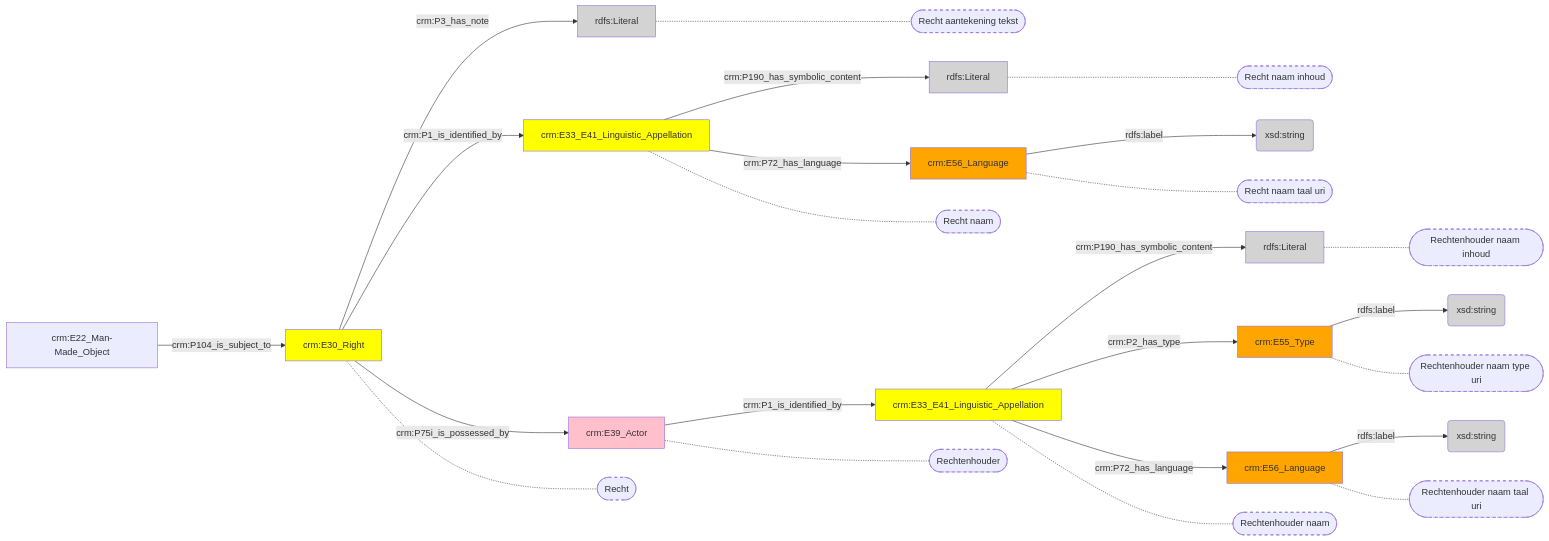
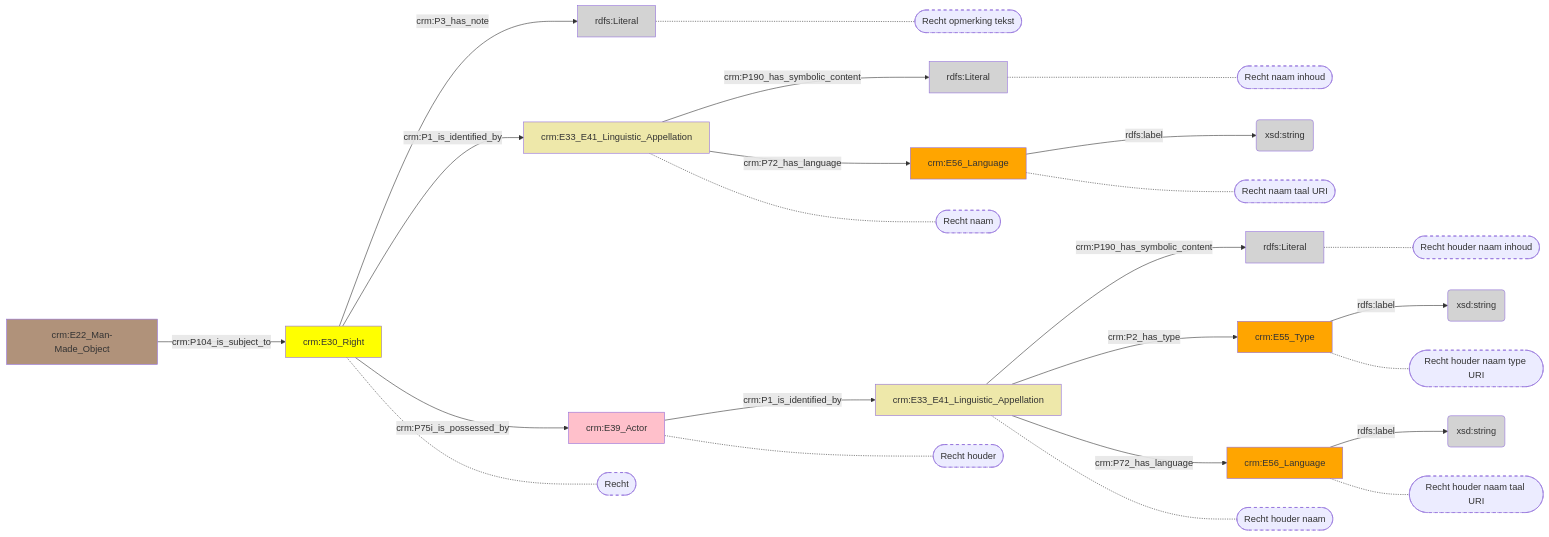
Before and after one commit to digipolisantwerpdocumentation/antwerp-cultureel-erfgoed: the diagram in docs/content/modellen/MuseologicalItem/Rechten.md, drawn with Mermaid. The commit also changed 29 other files, not shown here.

````diff
--- a/docs/content/modellen/MuseologicalItem/Rechten.md
+++ b/docs/content/modellen/MuseologicalItem/Rechten.md
@@ -1,49 +1,50 @@
 ```mermaid
 graph LR
 bd7ef52c-eda1-11ed-9232-00163e71351b["crm:E30_Right"]-->|"crm:P3_has_note"|bd7f05da-eda1-11ed-9232-00163e71351b(rdfs:Literal)
 bd7ef9d2-eda1-11ed-9232-00163e71351b["crm:E55_Type"]-->|"rdfs:label"|bd7efcf2-eda1-11ed-9232-00163e71351b(xsd:string)
 bd7f00da-eda1-11ed-9232-00163e71351b["crm:E33_E41_Linguistic_Appellation"]-->|"crm:P190_has_symbolic_content"|bd7f0224-eda1-11ed-9232-00163e71351b(rdfs:Literal)
 bd7f0364-eda1-11ed-9232-00163e71351b["crm:E56_Language"]-->|"rdfs:label"|bd7f049a-eda1-11ed-9232-00163e71351b(xsd:string)
 bd7f071a-eda1-11ed-9232-00163e71351b["crm:E33_E41_Linguistic_Appellation"]-->|"crm:P190_has_symbolic_content"|bd7efb6c-eda1-11ed-9232-00163e71351b(rdfs:Literal)
 bd7f0864-eda1-11ed-9232-00163e71351b["crm:E56_Language"]-->|"rdfs:label"|bd7eff86-eda1-11ed-9232-00163e71351b(xsd:string)
 bd7ef52c-eda1-11ed-9232-00163e71351b["crm:E30_Right"]-->|"crm:P1_is_identified_by"|bd7f00da-eda1-11ed-9232-00163e71351b["crm:E33_E41_Linguistic_Appellation"]
 bd7ef52c-eda1-11ed-9232-00163e71351b["crm:E30_Right"]-->|"crm:P75i_is_possessed_by"|bd7efe46-eda1-11ed-9232-00163e71351b["crm:E39_Actor"]
 bd7efe46-eda1-11ed-9232-00163e71351b["crm:E39_Actor"]-->|"crm:P1_is_identified_by"|bd7f071a-eda1-11ed-9232-00163e71351b["crm:E33_E41_Linguistic_Appellation"]
 bd7f00da-eda1-11ed-9232-00163e71351b["crm:E33_E41_Linguistic_Appellation"]-->|"crm:P72_has_language"|bd7f0364-eda1-11ed-9232-00163e71351b["crm:E56_Language"]
 bd7f071a-eda1-11ed-9232-00163e71351b["crm:E33_E41_Linguistic_Appellation"]-->|"crm:P2_has_type"|bd7ef9d2-eda1-11ed-9232-00163e71351b["crm:E55_Type"]
 bd7f071a-eda1-11ed-9232-00163e71351b["crm:E33_E41_Linguistic_Appellation"]-->|"crm:P72_has_language"|bd7f0864-eda1-11ed-9232-00163e71351b["crm:E56_Language"]
 fa95cea2-dd27-11ed-9655-00163e71351b["crm:E22_Man-Made_Object"]-->|"crm:P104_is_subject_to"|bd7ef52c-eda1-11ed-9232-00163e71351b["crm:E30_Right"]
 bd7f00da-eda1-11ed-9232-00163e71351b["crm:E33_E41_Linguistic_Appellation"]-.-bd7f00da-eda1-11ed-9232-00163e71351b_s(["Recht naam"])
-bd7f05da-eda1-11ed-9232-00163e71351b["rdfs:Literal"]-.-bd7f05da-eda1-11ed-9232-00163e71351b_s(["Recht aantekening tekst"])
-bd7efe46-eda1-11ed-9232-00163e71351b["crm:E39_Actor"]-.-bd7efe46-eda1-11ed-9232-00163e71351b_s(["Rechtenhouder"])
-bd7f071a-eda1-11ed-9232-00163e71351b["crm:E33_E41_Linguistic_Appellation"]-.-bd7f071a-eda1-11ed-9232-00163e71351b_s(["Rechtenhouder naam"])
+bd7f05da-eda1-11ed-9232-00163e71351b["rdfs:Literal"]-.-bd7f05da-eda1-11ed-9232-00163e71351b_s(["Recht opmerking tekst"])
+bd7efe46-eda1-11ed-9232-00163e71351b["crm:E39_Actor"]-.-bd7efe46-eda1-11ed-9232-00163e71351b_s(["Recht houder"])
+bd7f071a-eda1-11ed-9232-00163e71351b["crm:E33_E41_Linguistic_Appellation"]-.-bd7f071a-eda1-11ed-9232-00163e71351b_s(["Recht houder naam"])
 bd7f0224-eda1-11ed-9232-00163e71351b["rdfs:Literal"]-.-bd7f0224-eda1-11ed-9232-00163e71351b_s(["Recht naam inhoud"])
-bd7f0364-eda1-11ed-9232-00163e71351b["crm:E56_Language"]-.-bd7f0364-eda1-11ed-9232-00163e71351b_s(["Recht naam taal uri"])
-bd7efb6c-eda1-11ed-9232-00163e71351b["rdfs:Literal"]-.-bd7efb6c-eda1-11ed-9232-00163e71351b_s(["Rechtenhouder naam inhoud"])
-bd7ef9d2-eda1-11ed-9232-00163e71351b["crm:E55_Type"]-.-bd7ef9d2-eda1-11ed-9232-00163e71351b_s(["Rechtenhouder naam type uri"])
-bd7f0864-eda1-11ed-9232-00163e71351b["crm:E56_Language"]-.-bd7f0864-eda1-11ed-9232-00163e71351b_s(["Rechtenhouder naam taal uri"])
+bd7f0364-eda1-11ed-9232-00163e71351b["crm:E56_Language"]-.-bd7f0364-eda1-11ed-9232-00163e71351b_s(["Recht naam taal URI"])
+bd7efb6c-eda1-11ed-9232-00163e71351b["rdfs:Literal"]-.-bd7efb6c-eda1-11ed-9232-00163e71351b_s(["Recht houder naam inhoud"])
+bd7ef9d2-eda1-11ed-9232-00163e71351b["crm:E55_Type"]-.-bd7ef9d2-eda1-11ed-9232-00163e71351b_s(["Recht houder naam type URI"])
+bd7f0864-eda1-11ed-9232-00163e71351b["crm:E56_Language"]-.-bd7f0864-eda1-11ed-9232-00163e71351b_s(["Recht houder naam taal URI"])
 bd7ef52c-eda1-11ed-9232-00163e71351b["crm:E30_Right"]-.-bd7ef52c-eda1-11ed-9232-00163e71351b_s(["Recht"])
 style bd7f00da-eda1-11ed-9232-00163e71351b_s stroke-dasharray: 5
 style bd7f05da-eda1-11ed-9232-00163e71351b_s stroke-dasharray: 5
 style bd7efe46-eda1-11ed-9232-00163e71351b_s stroke-dasharray: 5
 style bd7f071a-eda1-11ed-9232-00163e71351b_s stroke-dasharray: 5
 style bd7f0224-eda1-11ed-9232-00163e71351b_s stroke-dasharray: 5
 style bd7f0364-eda1-11ed-9232-00163e71351b_s stroke-dasharray: 5
 style bd7efb6c-eda1-11ed-9232-00163e71351b_s stroke-dasharray: 5
 style bd7ef9d2-eda1-11ed-9232-00163e71351b_s stroke-dasharray: 5
 style bd7f0864-eda1-11ed-9232-00163e71351b_s stroke-dasharray: 5
 style bd7ef52c-eda1-11ed-9232-00163e71351b_s stroke-dasharray: 5
 style bd7ef52c-eda1-11ed-9232-00163e71351b fill:#ffff00
 style bd7ef9d2-eda1-11ed-9232-00163e71351b fill:#ffa500
 style bd7efb6c-eda1-11ed-9232-00163e71351b fill:#D3D3D3
 style bd7efcf2-eda1-11ed-9232-00163e71351b fill:#D3D3D3
 style bd7efe46-eda1-11ed-9232-00163e71351b fill:#ffc0cb
 style bd7eff86-eda1-11ed-9232-00163e71351b fill:#D3D3D3
-style bd7f00da-eda1-11ed-9232-00163e71351b fill:#ffff00
+style bd7f00da-eda1-11ed-9232-00163e71351b fill:#EEE8AA
 style bd7f0224-eda1-11ed-9232-00163e71351b fill:#D3D3D3
 style bd7f0364-eda1-11ed-9232-00163e71351b fill:#ffa500
 style bd7f049a-eda1-11ed-9232-00163e71351b fill:#D3D3D3
 style bd7f05da-eda1-11ed-9232-00163e71351b fill:#D3D3D3
-style bd7f071a-eda1-11ed-9232-00163e71351b fill:#ffff00
+style bd7f071a-eda1-11ed-9232-00163e71351b fill:#EEE8AA
 style bd7f0864-eda1-11ed-9232-00163e71351b fill:#ffa500
+style fa95cea2-dd27-11ed-9655-00163e71351b fill:#B0927A
 ```
````
